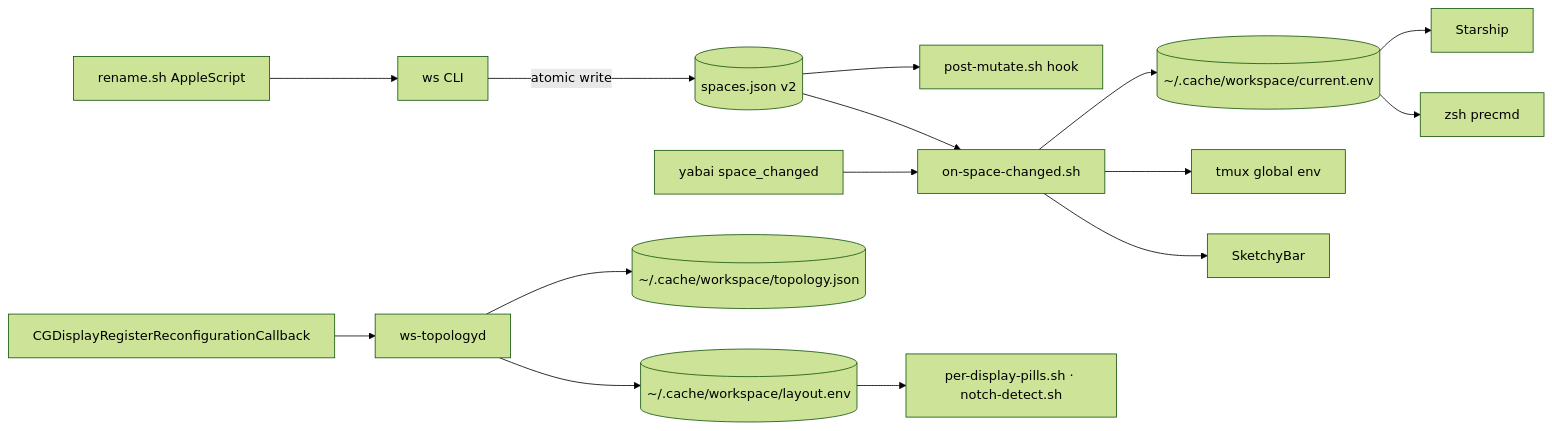
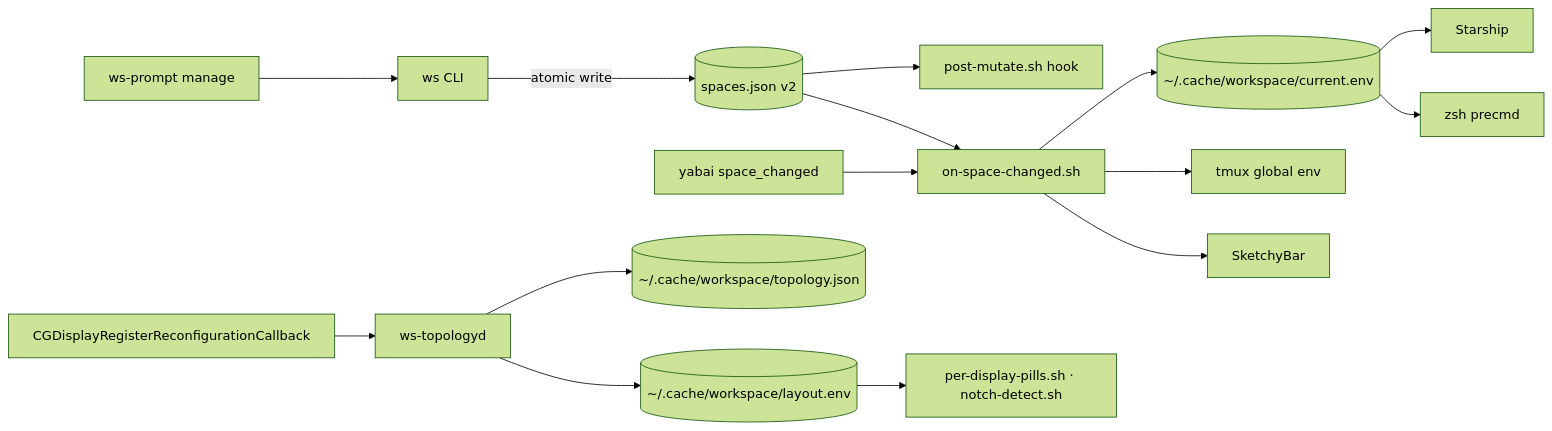
One commit to adames/dotfiles changed the second of 2 diagrams in docs/architecture.md. Above: the diagram before and after it, drawn with Mermaid (forest theme). The commit also changed other lines of this file and 8 other files, not shown here.

````diff
--- a/docs/architecture.md
+++ b/docs/architecture.md
@@ -206,17 +207,17 @@
 ```mermaid
 graph LR
   CLI[ws CLI] -->|atomic write| JSON[(spaces.json v2)]
-  Rename[rename.sh AppleScript] --> CLI
+  Overlay[ws-prompt manage] --> CLI
   JSON --> Hook[post-mutate.sh hook]
   JSON --> Cascade[on-space-changed.sh]
   yabai[yabai space_changed] --> Cascade
   CGCallback[CGDisplayRegisterReconfigurationCallback] --> Daemon[ws-topologyd]
   Daemon --> TopologyJSON[(~/.cache/workspace/topology.json)]
   Daemon --> LayoutEnv[(~/.cache/workspace/layout.env)]
   LayoutEnv --> SketchybarPlugins[per-display-pills.sh · notch-detect.sh]
   Cascade --> EnvFile[(~/.cache/workspace/current.env)]
   Cascade --> TmuxEnv[tmux global env]
   Cascade --> Sketchybar[SketchyBar]
   EnvFile --> Starship
   EnvFile --> Zsh[zsh precmd]
 ```
````
